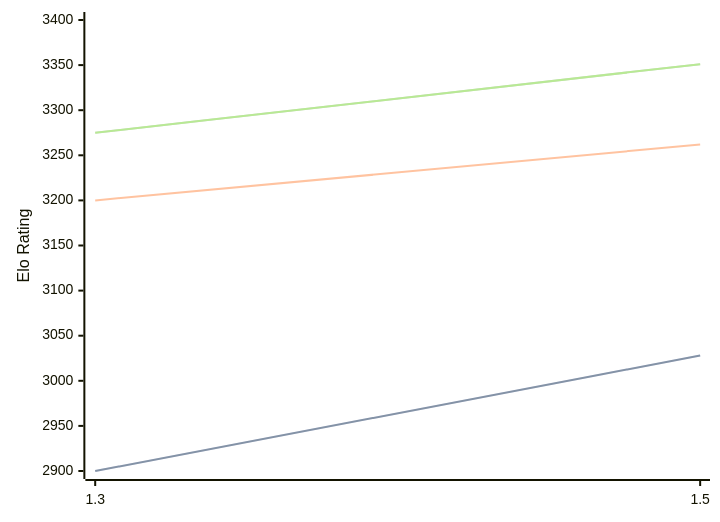
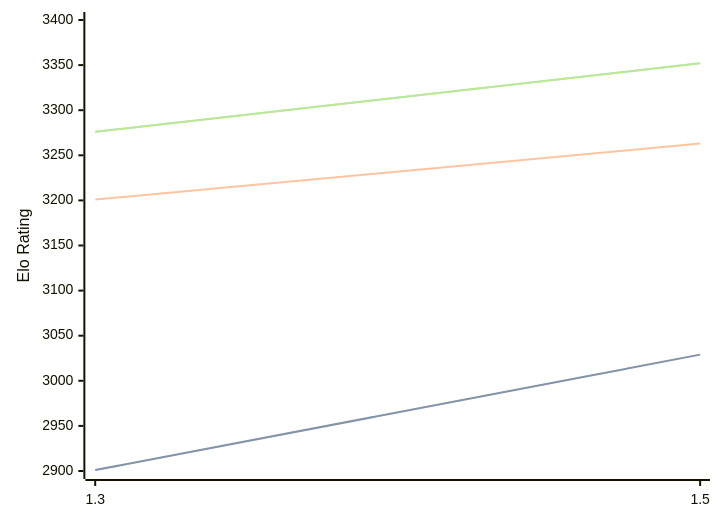
One commit to computer-chess-index/cci changed the diagram in engines/Lambergar.md. Above: the diagram before and after it, drawn with Mermaid. The commit also changed other lines of this file, not shown here.

Commit message:
Update CCI Ratings (ELO VLTC) - 2026-08-09

````diff
--- a/engines/Lambergar.md
+++ b/engines/Lambergar.md
@@ -32,11 +32,11 @@
 ```mermaid
 %%{init: {"theme":"base","themeVariables":{"seriesColors:['#a3a3a3','#222221','#faa371']}}}%%
 xychart-beta
   x-axis ["1.3", "1.5"]
   y-axis "Elo Rating" 2900 --> 3400
-  line "STC (8.0+0.08s)" [2900, 3028]
-  line "STC (8.0+0.08s)" [2900, 3028]
-  line "LTC (60.0+0.60s)" [3200, 3262]
-  line "VLTC (2m24s+1.12s)" [3275, 3351]
-  line "VLTC (2m24s+1.12s)" [3275, 3351]
+  line "STC (8.0+0.08s)" [2901, 3029]
+  line "STC (8.0+0.08s)" [2901, 3029]
+  line "LTC (60.0+0.60s)" [3201, 3263]
+  line "VLTC (2m24s+1.12s)" [3276, 3352]
+  line "VLTC (2m24s+1.12s)" [3276, 3352]
 ```
````
